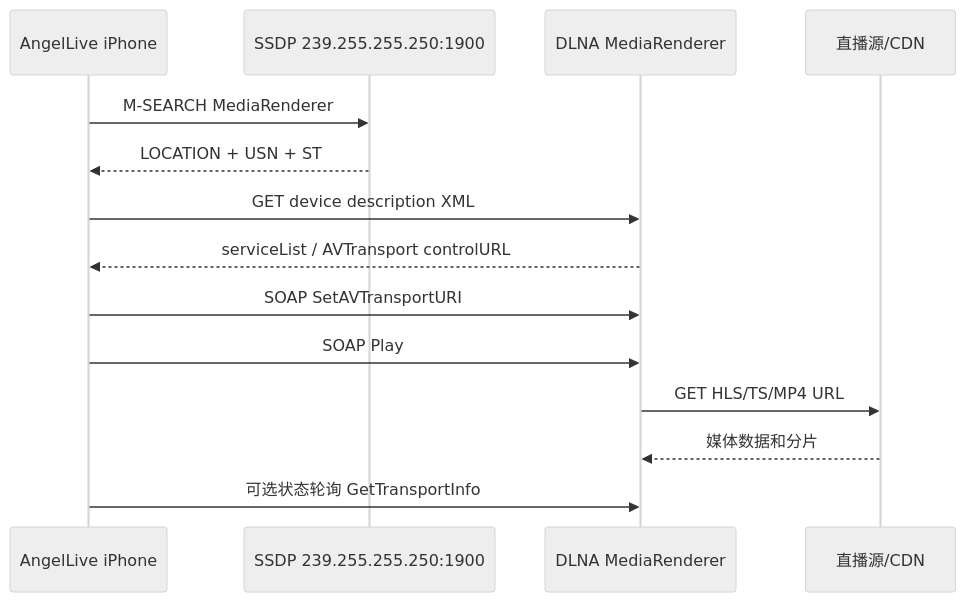
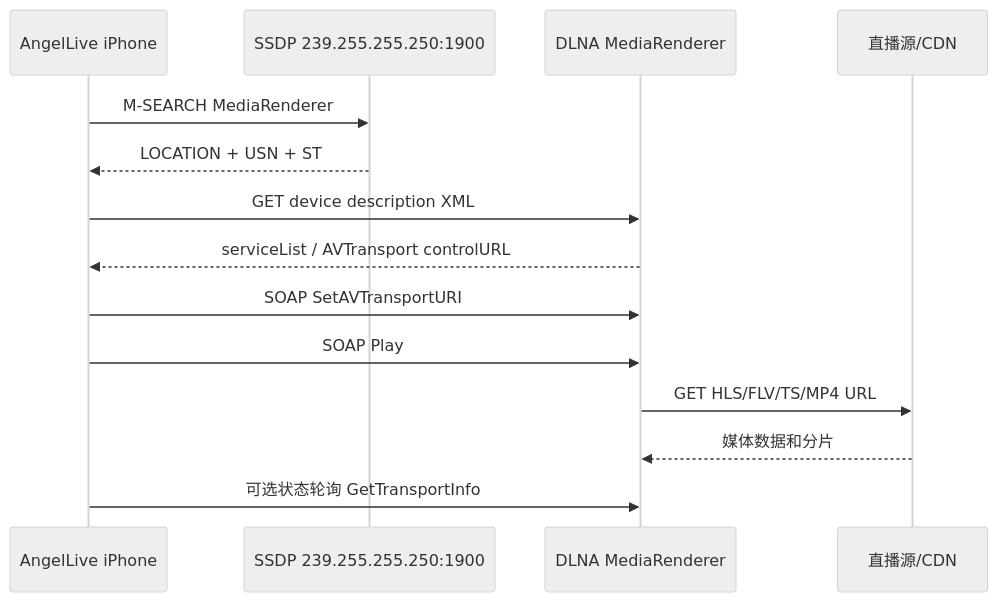
One commit to MoYuM/AngelLive changed the diagram in docs/iOSDLNACastingResearch.md. Above: the diagram before and after it, drawn with Mermaid (neutral theme). The commit also changed other lines of this file and 19 other files, not shown here.

````diff
--- a/docs/iOSDLNACastingResearch.md
+++ b/docs/iOSDLNACastingResearch.md
@@ -37,17 +39,17 @@
 ```mermaid
 sequenceDiagram
     participant App as AngelLive iPhone
     participant SSDP as SSDP 239.255.255.250:1900
     participant TV as DLNA MediaRenderer
     participant CDN as 直播源/CDN
 
     App->>SSDP: M-SEARCH MediaRenderer
     SSDP-->>App: LOCATION + USN + ST
     App->>TV: GET device description XML
     TV-->>App: serviceList / AVTransport controlURL
     App->>TV: SOAP SetAVTransportURI
     App->>TV: SOAP Play
-    TV->>CDN: GET HLS/TS/MP4 URL
+    TV->>CDN: GET HLS/FLV/TS/MP4 URL
     CDN-->>TV: 媒体数据和分片
     App->>TV: 可选状态轮询 GetTransportInfo
 ```
````
